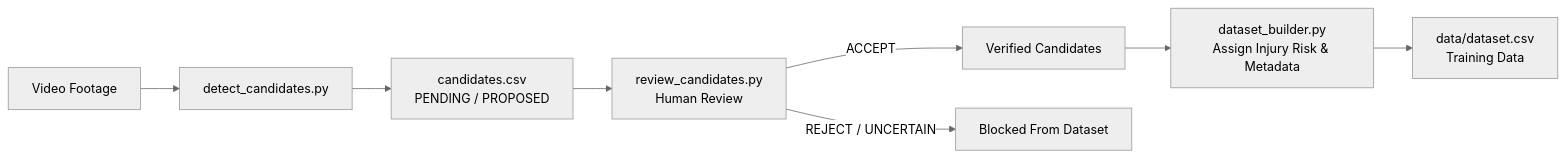
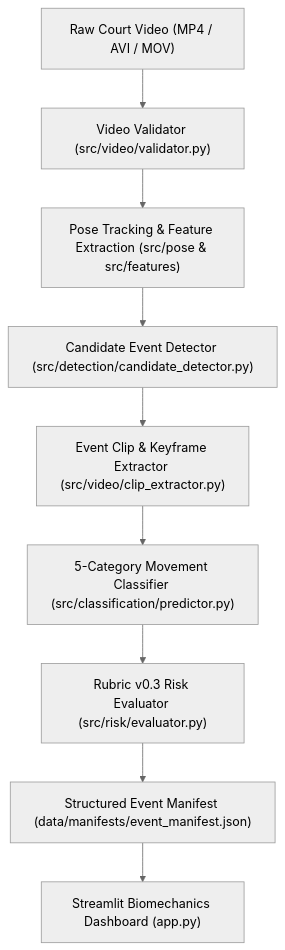
The diagram in README.md (Pavanhs-123/Posture-detection-and-Injury-prediction-using-ML), drawn with Mermaid (neutral theme) before and after one commit. The commit also changed other lines of this file and 39 other files, not shown here.

Commit message:
Modularize video pipeline, enforce Rubric v0.3 provisional scoring, and add leakage-safe 3-model training framework

````diff
--- a/README.md
+++ b/README.md
@@ -153,10 +9,11 @@
 ```mermaid
-flowchart LR
-    A[Video Footage] --> B[detect_candidates.py]
-    B --> C[candidates.csv\nPENDING / PROPOSED]
-    C --> D[review_candidates.py\nHuman Review]
-    D -- ACCEPT --> E[Verified Candidates]
-    D -- REJECT / UNCERTAIN --> F[Blocked From Dataset]
-    E --> G[dataset_builder.py\nAssign Injury Risk & Metadata]
-    G --> H[data/dataset.csv\nTraining Data]
+flowchart TD
+    A["Raw Court Video (MP4 / AVI / MOV)"] --> B["Video Validator (src/video/validator.py)"]
+    B --> C["Pose Tracking & Feature Extraction (src/pose & src/features)"]
+    C --> D["Candidate Event Detector (src/detection/candidate_detector.py)"]
+    D --> E["Event Clip & Keyframe Extractor (src/video/clip_extractor.py)"]
+    E --> F["5-Category Movement Classifier (src/classification/predictor.py)"]
+    F --> G["Rubric v0.3 Risk Evaluator (src/risk/evaluator.py)"]
+    G --> H["Structured Event Manifest (data/manifests/event_manifest.json)"]
+    H --> I["Streamlit Biomechanics Dashboard (app.py)"]
 ```
````
